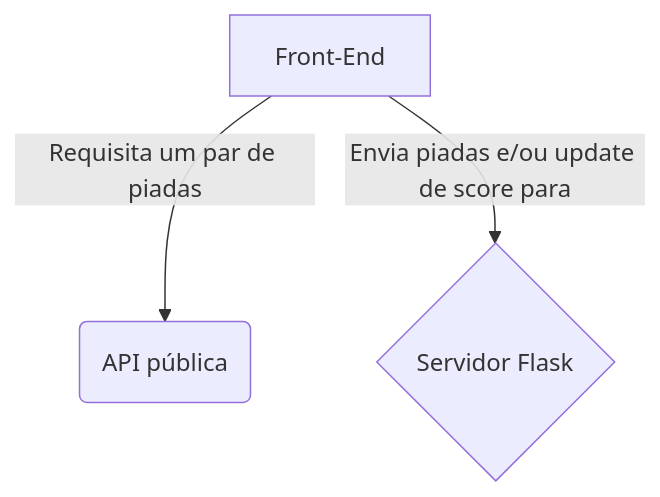
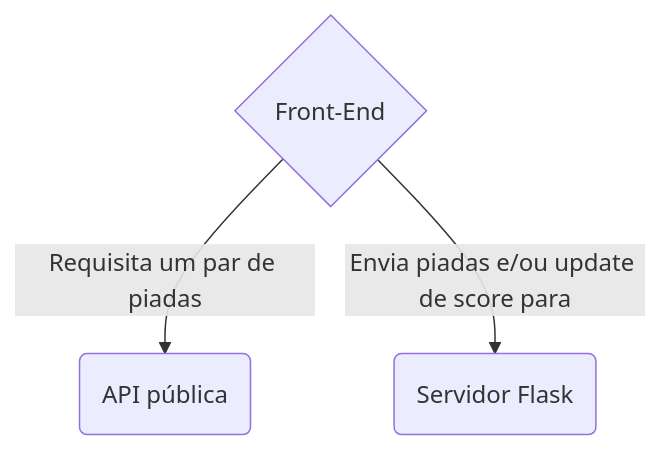
One commit to ribeiroAllison/JOKE-BATTLE-FRONT changed the diagram in README.md. Above: the diagram before and after it, drawn with Mermaid.

Commit message:
readme update

````diff
--- a/README.md
+++ b/README.md
@@ -23,11 +23,11 @@
 ```mermaid
 
 graph TD
 
-A[Front-End ] -- Requisita um par de piadas --> B(API pública) 
+A{Front-End } -- Requisita um par de piadas --> B(API pública) 
 
-A -- Envia piadas e/ou update de score para -->C{Servidor Flask} 
+A -- Envia piadas e/ou update de score para -->C(Servidor Flask)
 
 
 
 ```
````
